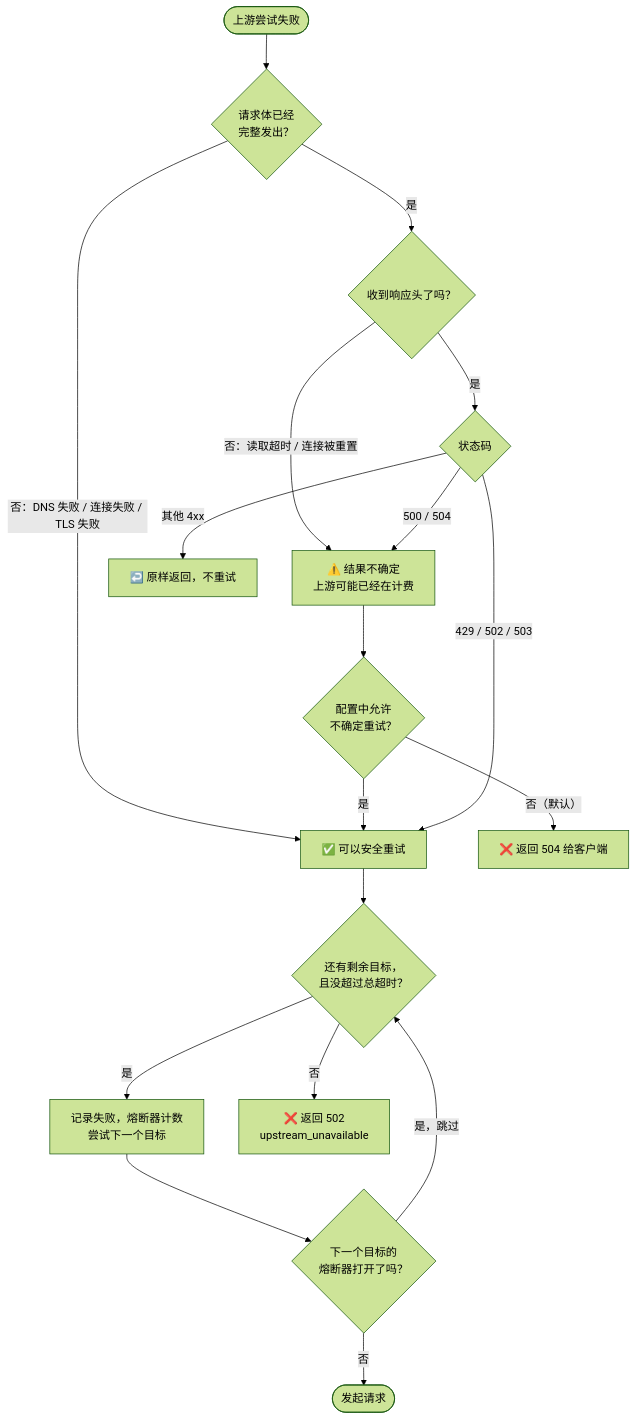
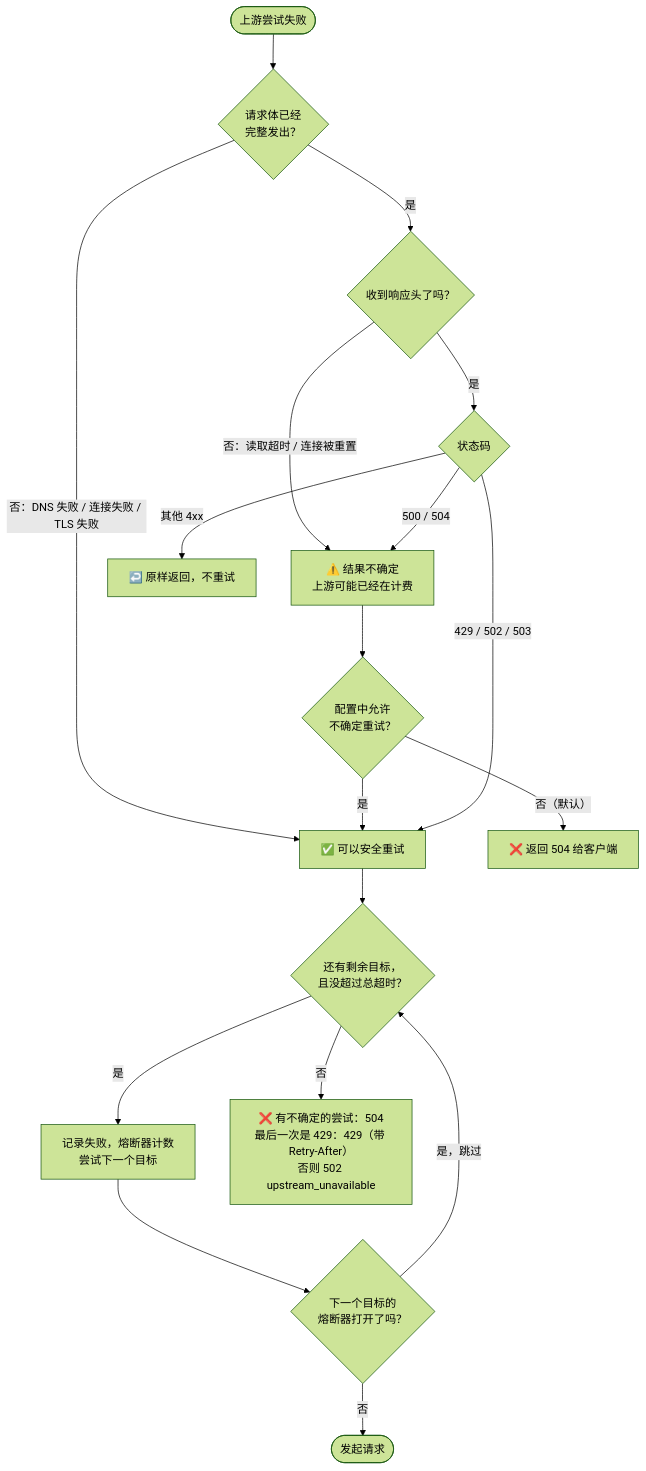
One commit to bluesky-rgb/llmgw changed the eighth of 14 diagrams in docs/diagrams.md. Above: the diagram before and after it, drawn with Mermaid (forest theme). The commit also changed 50 other files, not shown here.

````diff
--- a/docs/diagrams.md
+++ b/docs/diagrams.md
@@ -355,25 +355,25 @@
 ```mermaid
 flowchart TD
     Start(["上游尝试失败"]) --> Sent{"请求体已经<br/>完整发出？"}
 
     Sent -->|"否：DNS 失败 / 连接失败 / TLS 失败"| Safe["✅ 可以安全重试"]
     Sent -->|"是"| Resp{"收到响应头了吗？"}
 
     Resp -->|"否：读取超时 / 连接被重置"| Ambig["⚠️ 结果不确定<br/>上游可能已经在计费"]
     Ambig --> Cfg{"配置中允许<br/>不确定重试？"}
     Cfg -->|"否（默认）"| Fail["❌ 返回 504 给客户端"]
     Cfg -->|"是"| Safe
 
     Resp -->|"是"| Code{"状态码"}
     Code -->|"429 / 502 / 503"| Safe
     Code -->|"500 / 504"| Ambig
     Code -->|"其他 4xx"| Pass["↩️ 原样返回，不重试"]
 
     Safe --> Budget{"还有剩余目标，<br/>且没超过总超时？"}
     Budget -->|"是"| Next["记录失败，熔断器计数<br/>尝试下一个目标"]
-    Budget -->|"否"| Final["❌ 返回 502<br/>upstream_unavailable"]
+    Budget -->|"否"| Final["❌ 有不确定的尝试：504<br/>最后一次是 429：429（带 Retry-After）<br/>否则 502 upstream_unavailable"]
 
     Next --> Breaker{"下一个目标的<br/>熔断器打开了吗？"}
     Breaker -->|"是，跳过"| Budget
     Breaker -->|"否"| Try(["发起请求"])
 ```
````
